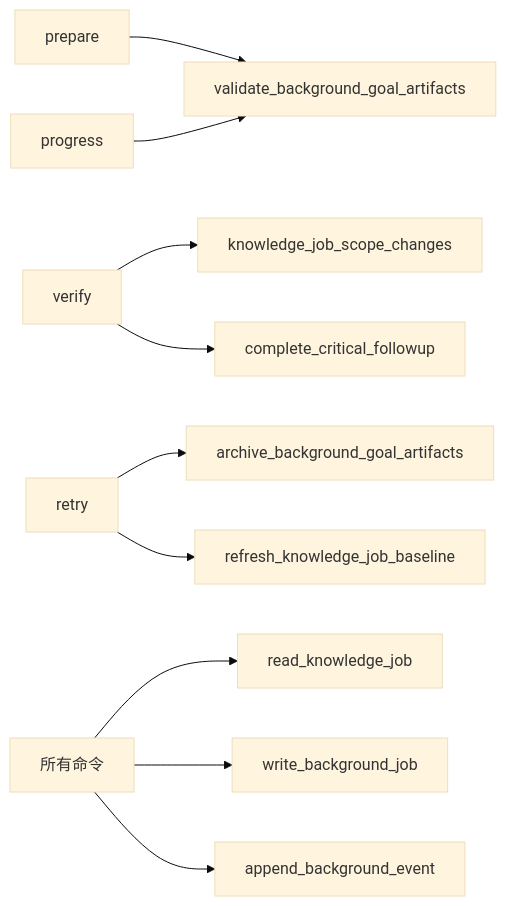
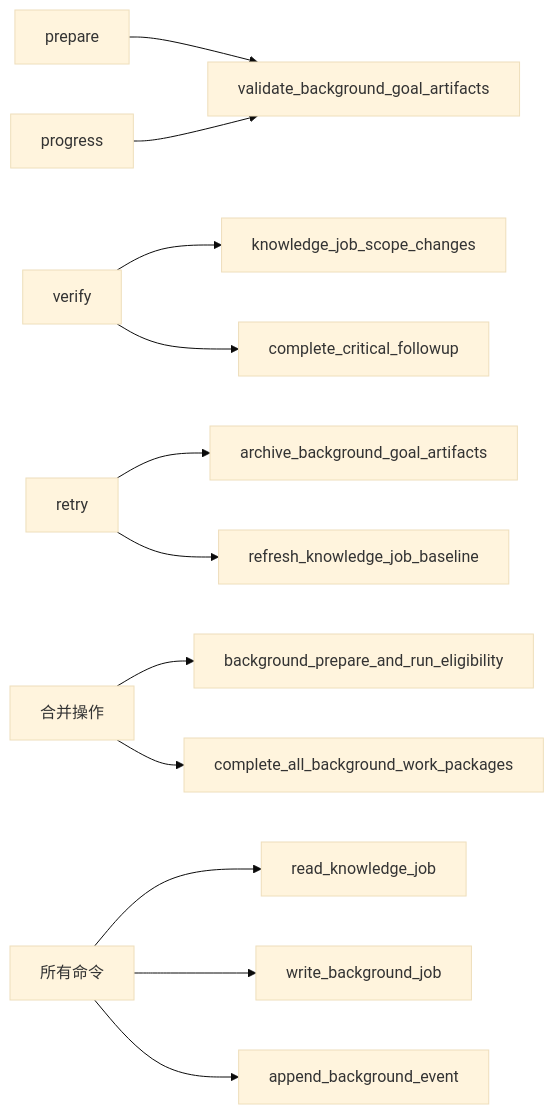
Before and after one commit to HackSing/docs-harness: the eighth of 8 diagrams in .qoder/repowiki/zh/content/核心概念/后台任务模型/生命周期命令/生命周期命令.md, drawn with Mermaid (base theme). The commit also changed other lines of this file and 45 other files, not shown here.

First line of the commit message:
feat(harness): v1.7.6 按变更面选择验证强度、git_commit 受控意图与关键词 Gate 路由移除

````diff
--- a/.qoder/repowiki/zh/content/核心概念/后台任务模型/生命周期命令/生命周期命令.md
+++ b/.qoder/repowiki/zh/content/核心概念/后台任务模型/生命周期命令/生命周期命令.md
@@ -319,12 +410,14 @@
 ```mermaid
 graph LR
 Prepare["prepare"] --> ValidateArtifacts["validate_background_goal_artifacts"]
 Progress["progress"] --> ValidateArtifacts
 Verify["verify"] --> ScopeChanges["knowledge_job_scope_changes"]
 Verify --> CriticalFollowup["complete_critical_followup"]
 Retry["retry"] --> ArchiveArtifacts["archive_background_goal_artifacts"]
 Retry --> RefreshBaseline["refresh_knowledge_job_baseline"]
+Merge["合并操作"] --> Eligibility["background_prepare_and_run_eligibility"]
+Merge --> BatchProgress["complete_all_background_work_packages"]
 AllCmds["所有命令"] --> ReadJob["read_knowledge_job"]
 AllCmds --> WriteJob["write_background_job"]
 AllCmds --> AppendEvent["append_background_event"]
 ```
````
